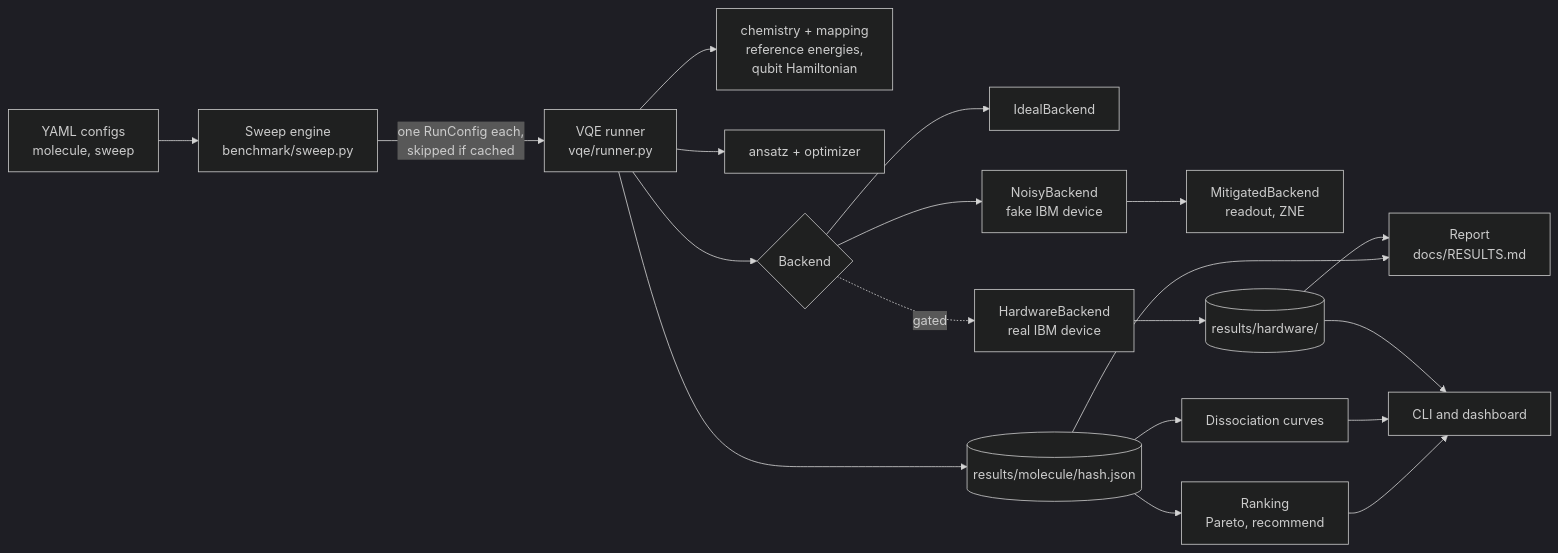
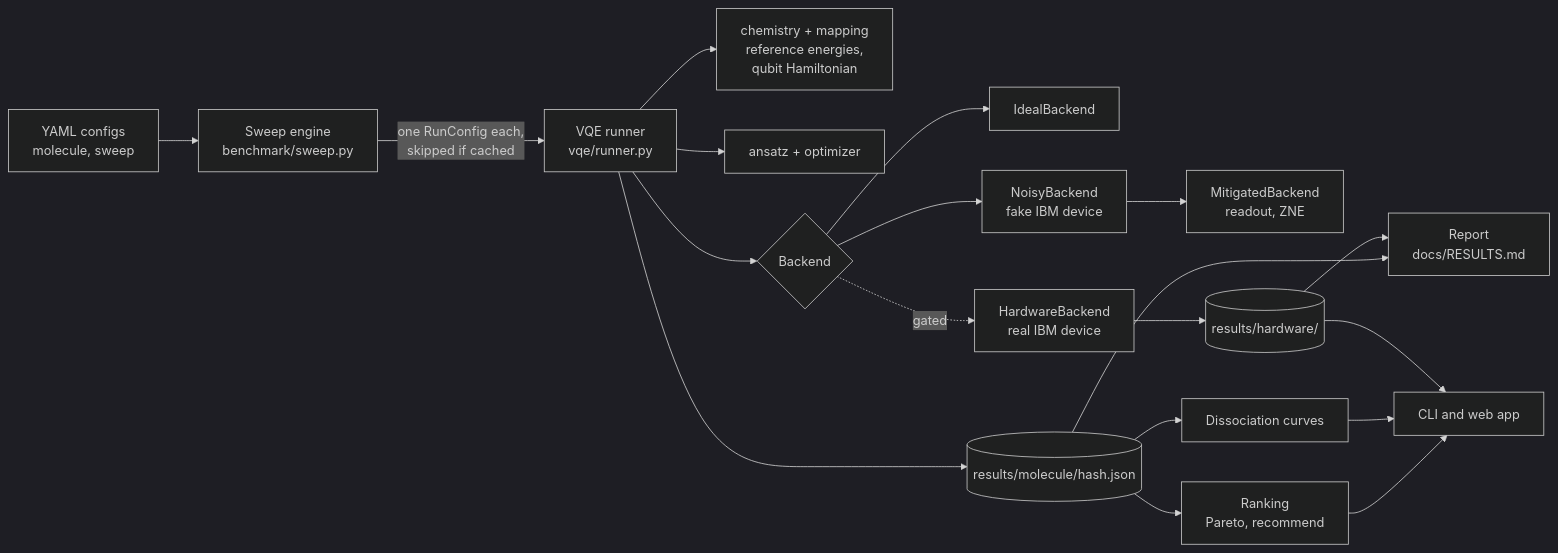
One commit to S-tevens/miraichem changed the first of 5 diagrams in docs/ARCHITECTURE.md. Above: the diagram before and after it, drawn with Mermaid (dark theme). The commit also changed other lines of this file and 6 other files, not shown here.

First line of the commit message:
refactor: replace the Streamlit dashboard with the web app

````diff
--- a/docs/ARCHITECTURE.md
+++ b/docs/ARCHITECTURE.md
@@ -10,21 +10,21 @@
 ```mermaid
 flowchart LR
     CFG[YAML configs<br/>molecule, sweep] --> SW[Sweep engine<br/>benchmark/sweep.py]
     SW -->|one RunConfig each,<br/>skipped if cached| RUN[VQE runner<br/>vqe/runner.py]
     RUN --> CH[chemistry + mapping<br/>reference energies,<br/>qubit Hamiltonian]
     RUN --> AN[ansatz + optimizer]
     RUN --> BK{Backend}
     BK --> ID[IdealBackend]
     BK --> NZ[NoisyBackend<br/>fake IBM device]
     NZ --> MT[MitigatedBackend<br/>readout, ZNE]
     BK -.gated.-> HW[HardwareBackend<br/>real IBM device]
     RUN --> ST[("results/molecule/hash.json")]
     ST --> RK[Ranking<br/>Pareto, recommend]
     ST --> CV[Dissociation curves]
     ST --> RP[Report<br/>docs/RESULTS.md]
-    RK --> UI[CLI and dashboard]
+    RK --> UI[CLI and web app]
     CV --> UI
     HW --> HS[(results/hardware/)]
     HS --> RP
     HS --> UI
 ```
````
